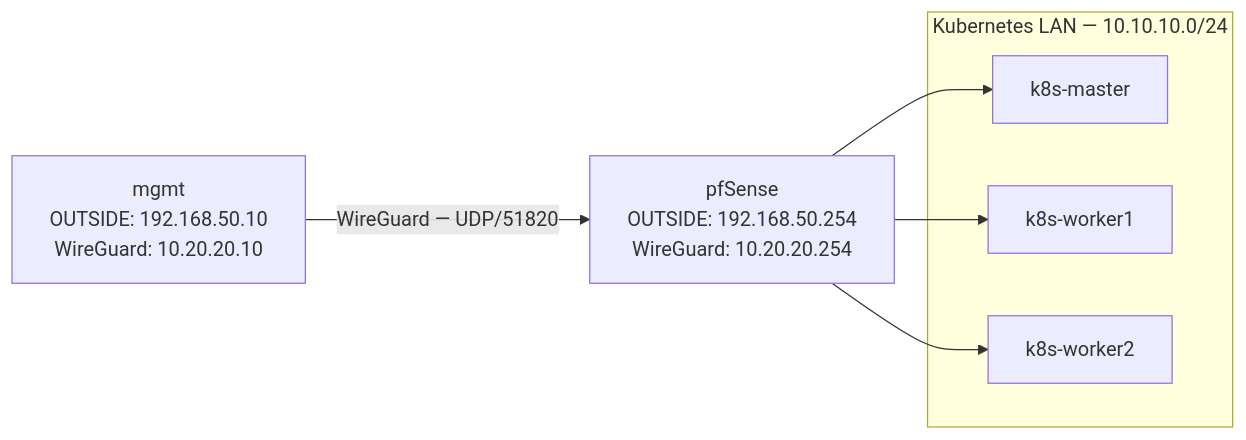
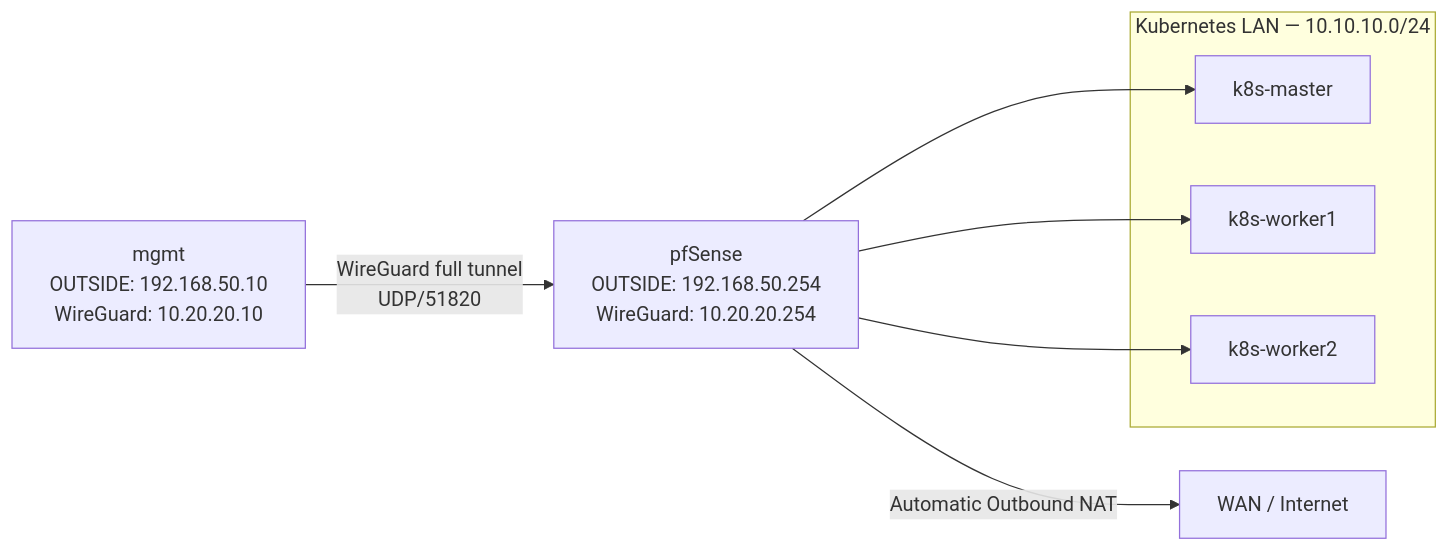
The diagram in docs/phase-06-wireguard.md (paknaoo/k8s-cilium-lab), drawn with Mermaid before and after one commit. The commit also changed other lines of this file and 2 other files, not shown here.

Commit message:
docs: update WireGuard to full-tunnel routing

````diff
--- a/docs/phase-06-wireguard.md
+++ b/docs/phase-06-wireguard.md
@@ -32,18 +30,20 @@
 ```mermaid
 flowchart LR
 
     MGMT["mgmt<br/>OUTSIDE: 192.168.50.10<br/>WireGuard: 10.20.20.10"]
     PFSENSE["pfSense<br/>OUTSIDE: 192.168.50.254<br/>WireGuard: 10.20.20.254"]
 
     subgraph LAN["Kubernetes LAN — 10.10.10.0/24"]
         MASTER[k8s-master]
         WORKER1[k8s-worker1]
         WORKER2[k8s-worker2]
     end
 
-    MGMT -->|"WireGuard — UDP/51820"| PFSENSE
+    INTERNET[WAN / Internet]
 
+    MGMT -->|"WireGuard full tunnel<br/>UDP/51820"| PFSENSE
     PFSENSE --> MASTER
     PFSENSE --> WORKER1
     PFSENSE --> WORKER2
+    PFSENSE -->|"Automatic Outbound NAT"| INTERNET
 ```
````
